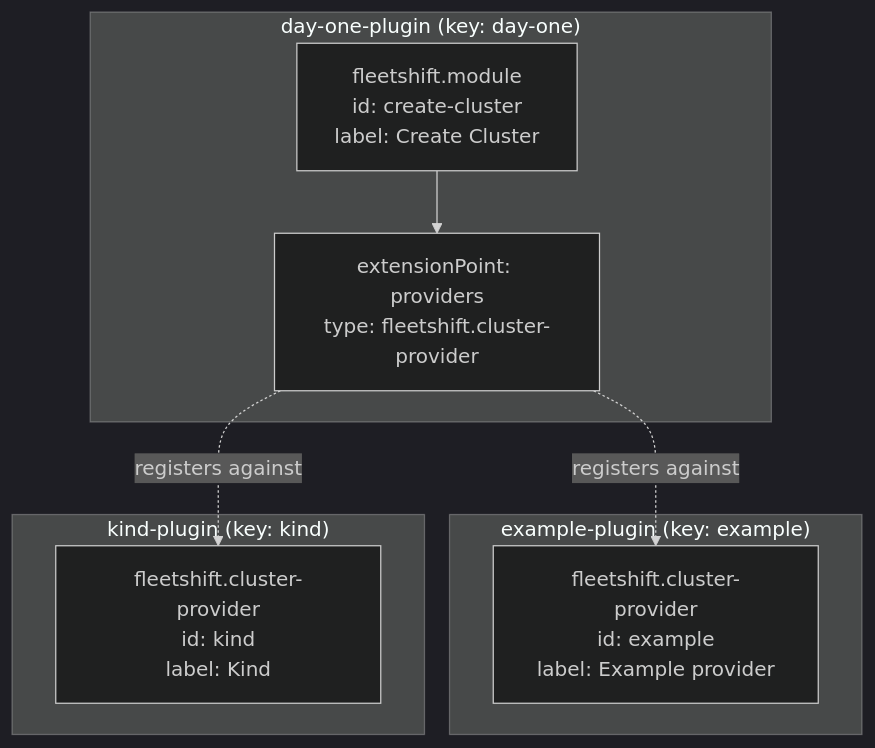
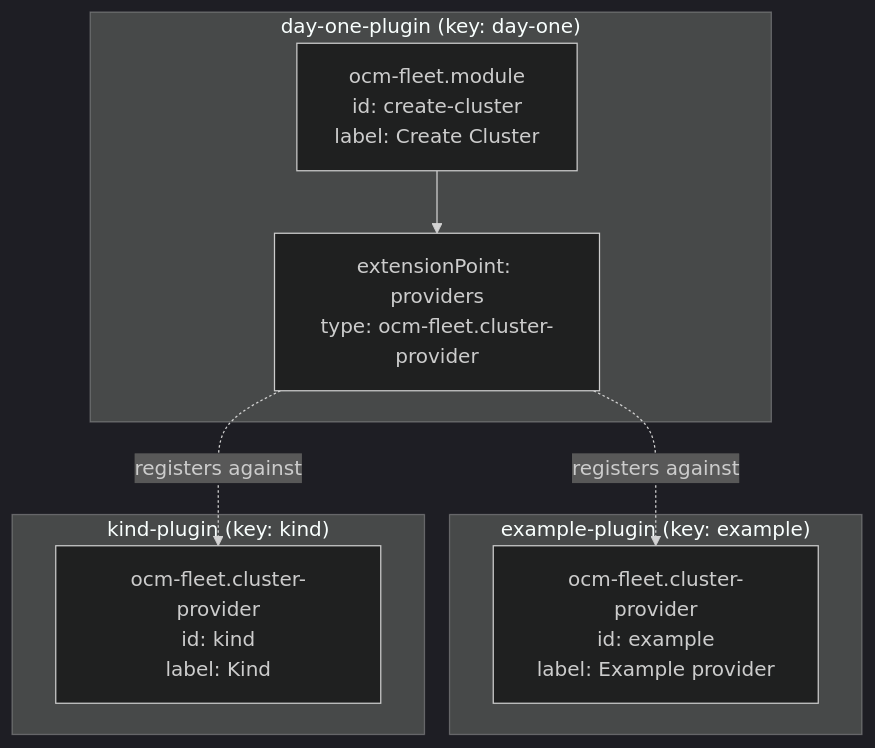
The first of 3 diagrams in docs/ui/feature-contracts.md (fleetshift/fleetshift-poc), drawn with Mermaid (dark theme) before and after one commit. The commit also changed other lines of this file and 1079 other files, not shown here.

First line of the commit message:
FM-100: Rename retained repository for experimental OCM Fleet (#191)

````diff
--- a/docs/ui/feature-contracts.md
+++ b/docs/ui/feature-contracts.md
@@ -139,19 +139,19 @@
 ```mermaid
 graph TD
     subgraph "day-one-plugin (key: day-one)"
-        F["fleetshift.module<br/>id: create-cluster<br/>label: Create Cluster"]
-        EP["extensionPoint: providers<br/>type: fleetshift.cluster-provider"]
+        F["ocm-fleet.module<br/>id: create-cluster<br/>label: Create Cluster"]
+        EP["extensionPoint: providers<br/>type: ocm-fleet.cluster-provider"]
         F --> EP
     end
 
     subgraph "example-plugin (key: example)"
-        E1["fleetshift.cluster-provider<br/>id: example<br/>label: Example provider"]
+        E1["ocm-fleet.cluster-provider<br/>id: example<br/>label: Example provider"]
     end
 
     subgraph "kind-plugin (key: kind)"
-        E2["fleetshift.cluster-provider<br/>id: kind<br/>label: Kind"]
+        E2["ocm-fleet.cluster-provider<br/>id: kind<br/>label: Kind"]
     end
 
     EP -.->|"registers against"| E1
     EP -.->|"registers against"| E2
 ```
````
